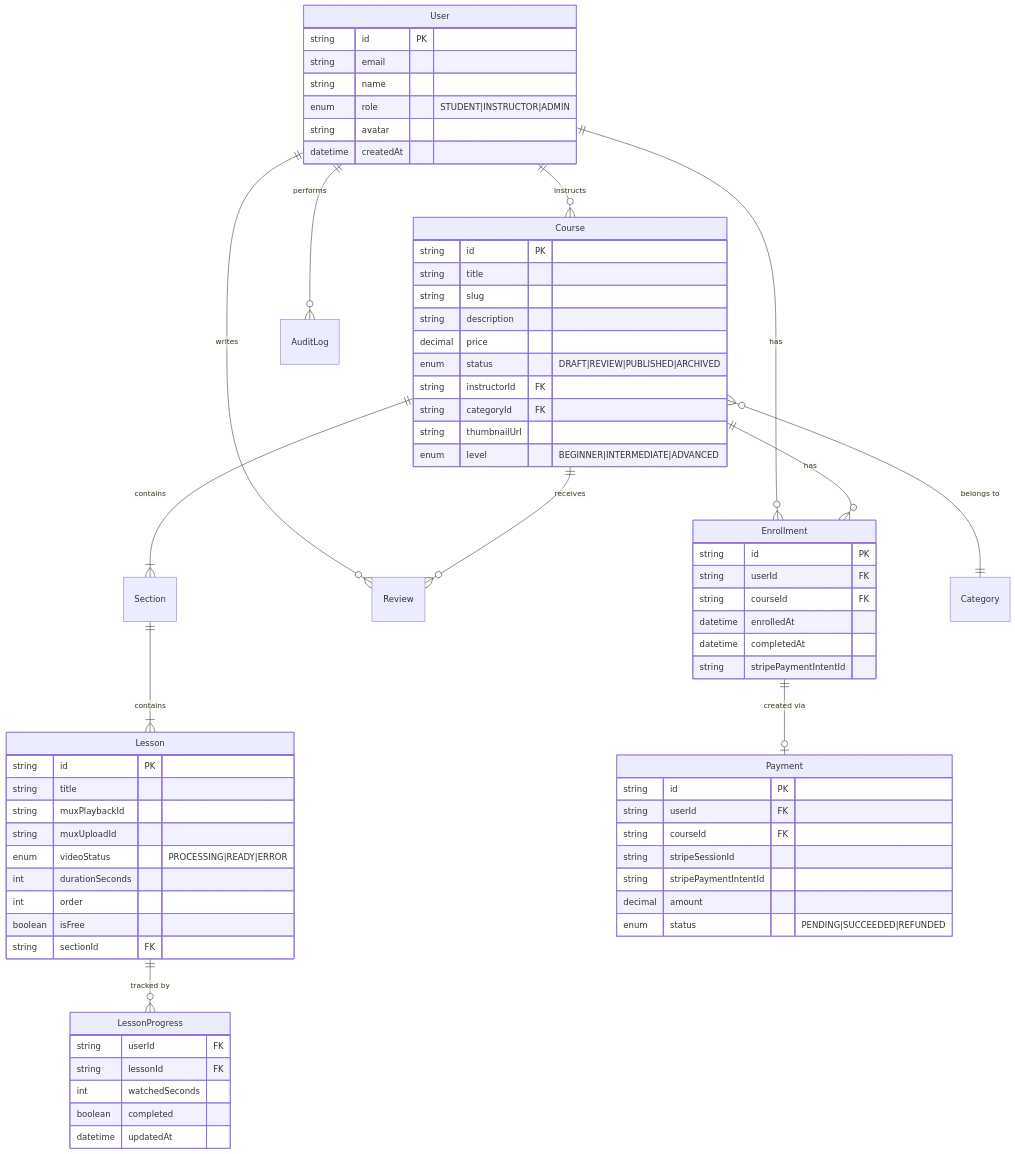
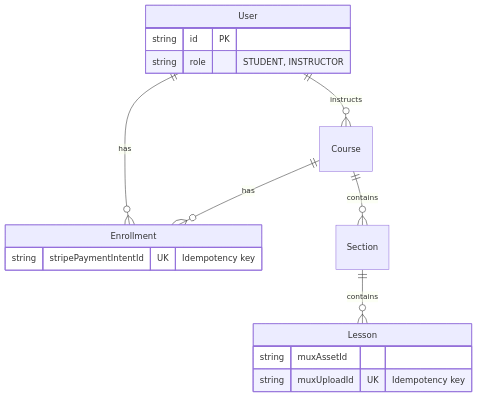
One commit to moses-Dera/learny changed the fourth of 4 diagrams in CASE_STUDY.mdx. Above: the diagram before and after it, drawn with Mermaid. The commit also changed other lines of this file and 97 other files, not shown here.

Commit message:
feat: implement initial LMS platform architecture, core authentication, course management, and routing infrastructure

````diff
--- a/CASE_STUDY.mdx
+++ b/CASE_STUDY.mdx
@@ -287,79 +153,20 @@
 ```mermaid
 erDiagram
     User ||--o{ Course : "instructs"
     User ||--o{ Enrollment : "has"
-    User ||--o{ Review : "writes"
-    User ||--o{ AuditLog : "performs"
-
-    Course ||--|{ Section : "contains"
+    Course ||--o{ Section : "contains"
+    Section ||--o{ Lesson : "contains"
     Course ||--o{ Enrollment : "has"
-    Course ||--o{ Review : "receives"
-    Course }o--|| Category : "belongs to"
-
-    Section ||--|{ Lesson : "contains"
-
-    Lesson ||--o{ LessonProgress : "tracked by"
-
-    Enrollment ||--o| Payment : "created via"
-
+    
     User {
         string id PK
-        string email
-        string name
-        enum role "STUDENT|INSTRUCTOR|ADMIN"
-        string avatar
-        datetime createdAt
+        string role "STUDENT, INSTRUCTOR"
     }
-
-    Course {
-        string id PK
-        string title
-        string slug
-        string description
-        decimal price
-        enum status "DRAFT|REVIEW|PUBLISHED|ARCHIVED"
-        string instructorId FK
-        string categoryId FK
-        string thumbnailUrl
-        enum level "BEGINNER|INTERMEDIATE|ADVANCED"
+    Lesson {
+        string muxAssetId
+        string muxUploadId UK "Idempotency key"
     }
-
-    Lesson {
-        string id PK
-        string title
-        string muxPlaybackId
-        string muxUploadId
-        enum videoStatus "PROCESSING|READY|ERROR"
-        int durationSeconds
-        int order
-        boolean isFree
-        string sectionId FK
-    }
-
     Enrollment {
-        string id PK
-        string userId FK
-        string courseId FK
-        datetime enrolledAt
-        datetime completedAt
-        string stripePaymentIntentId
-    }
-
-    LessonProgress {
-        string userId FK
-        string lessonId FK
-        int watchedSeconds
-        boolean completed
-        datetime updatedAt
-    }
-
-    Payment {
-        string id PK
-        string userId FK
-        string courseId FK
-        string stripeSessionId
-        string stripePaymentIntentId
-        decimal amount
-        enum status "PENDING|SUCCEEDED|REFUNDED"
+        string stripePaymentIntentId UK "Idempotency key"
     }
 ```
````
